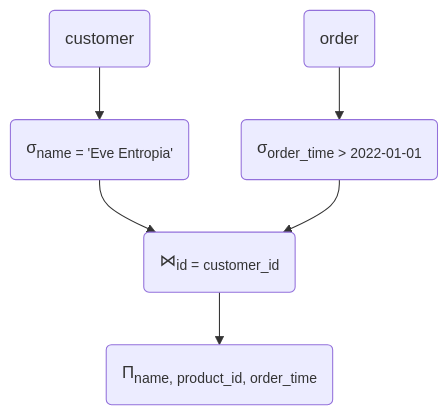
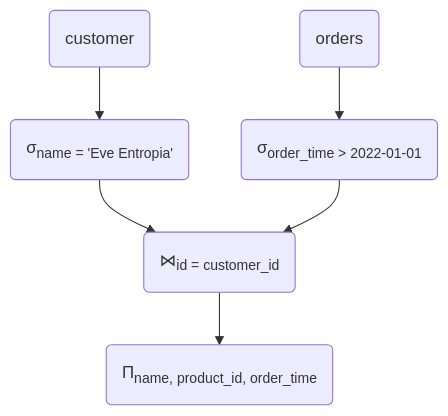
The sixth of 7 diagrams in slides.md (leftshift/query-planner-talk), drawn with Mermaid before and after one commit. The commit also changed other lines of this file and 9 other files, not shown here.

````diff
--- a/slides.md
+++ b/slides.md
@@ -294,9 +294,9 @@
 ```mermaid
 flowchart TB
     tb1(customer) --> sl1
-    tb2(order) --> sl2
+    tb2(orders) --> sl2
     sl1("σ<sub>name = 'Eve Entropia'</sub>") --> j
     sl2("σ<sub>order_time > 2022-01-01</sub>") --> j
     j("⋈<sub>id = customer_id</sub>") --> pr
     pr(Π<sub>name, product_id, order_time</sub>)
 ```
````
